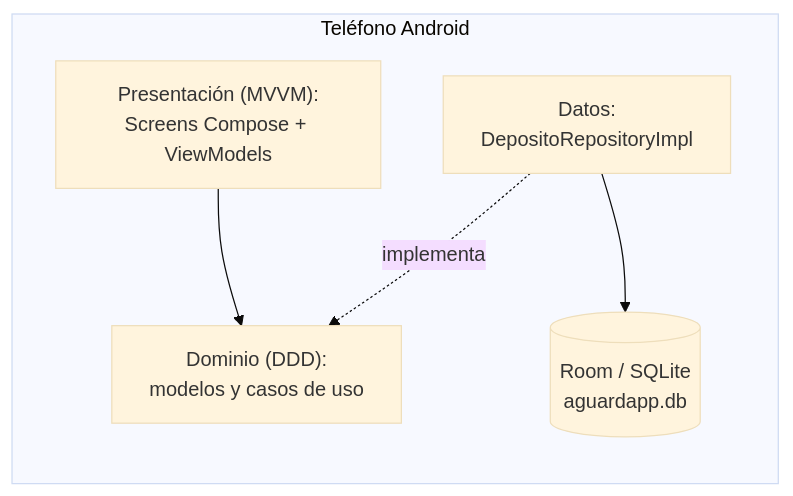
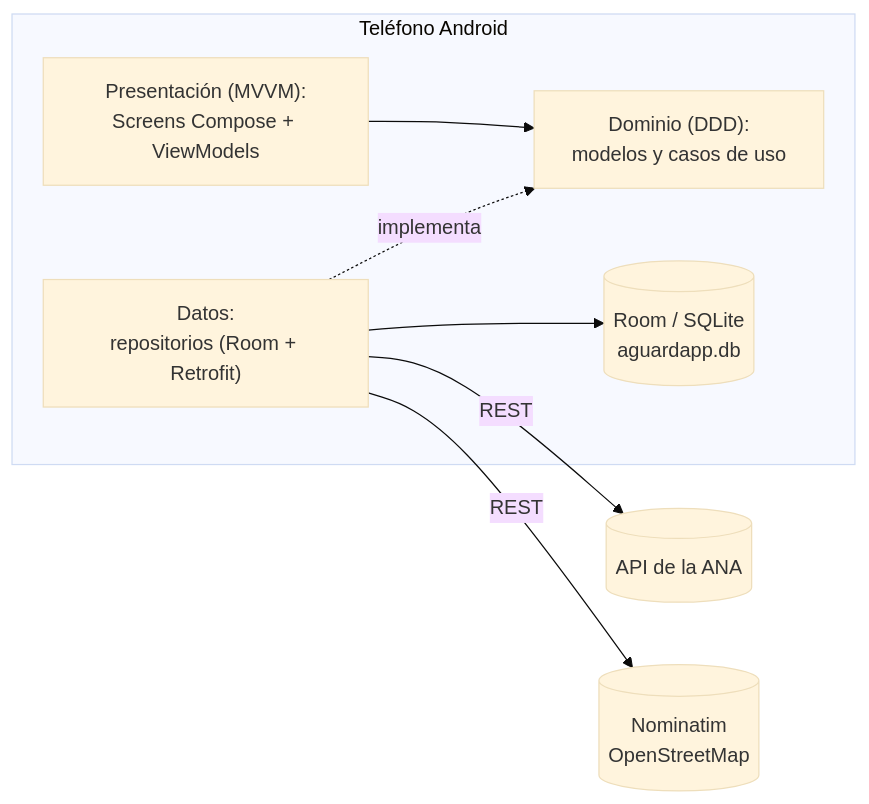
Before and after one commit to Cristhian465/Aguarda: the first of 4 diagrams in informes/FD05-Informe-Final.md, drawn with Mermaid (base theme). The commit also changed other lines of this file and 36 other files, not shown here.

````diff
--- a/informes/FD05-Informe-Final.md
+++ b/informes/FD05-Informe-Final.md
@@ -148,13 +167,17 @@
 ```mermaid
 flowchart LR
     subgraph DM["Teléfono Android"]
         PRES["Presentación (MVVM):<br/>Screens Compose + ViewModels"]
         DOM["Dominio (DDD):<br/>modelos y casos de uso"]
-        DAT["Datos:<br/>DepositoRepositoryImpl"]
+        DAT["Datos:<br/>repositorios (Room + Retrofit)"]
         ROOM[("Room / SQLite<br/>aguardapp.db")]
     end
+    ANA[("API de la ANA")]
+    OSM[("Nominatim<br/>OpenStreetMap")]
 
     PRES --> DOM
     DAT -. implementa .-> DOM
     DAT --> ROOM
+    DAT -- REST --> ANA
+    DAT -- REST --> OSM
 ```
````
